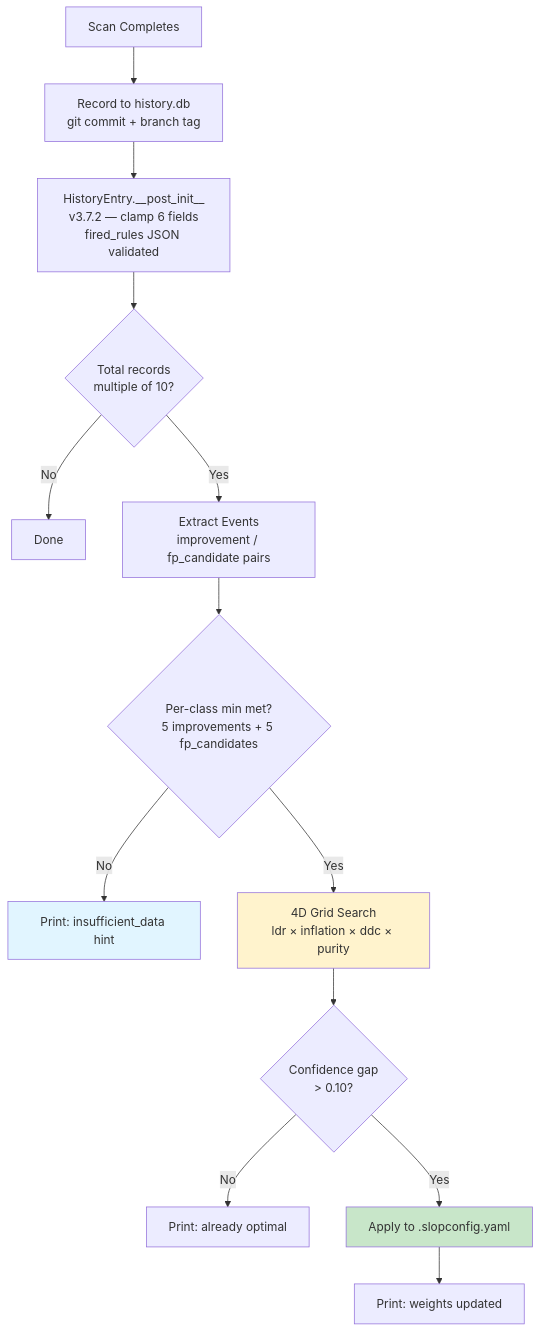
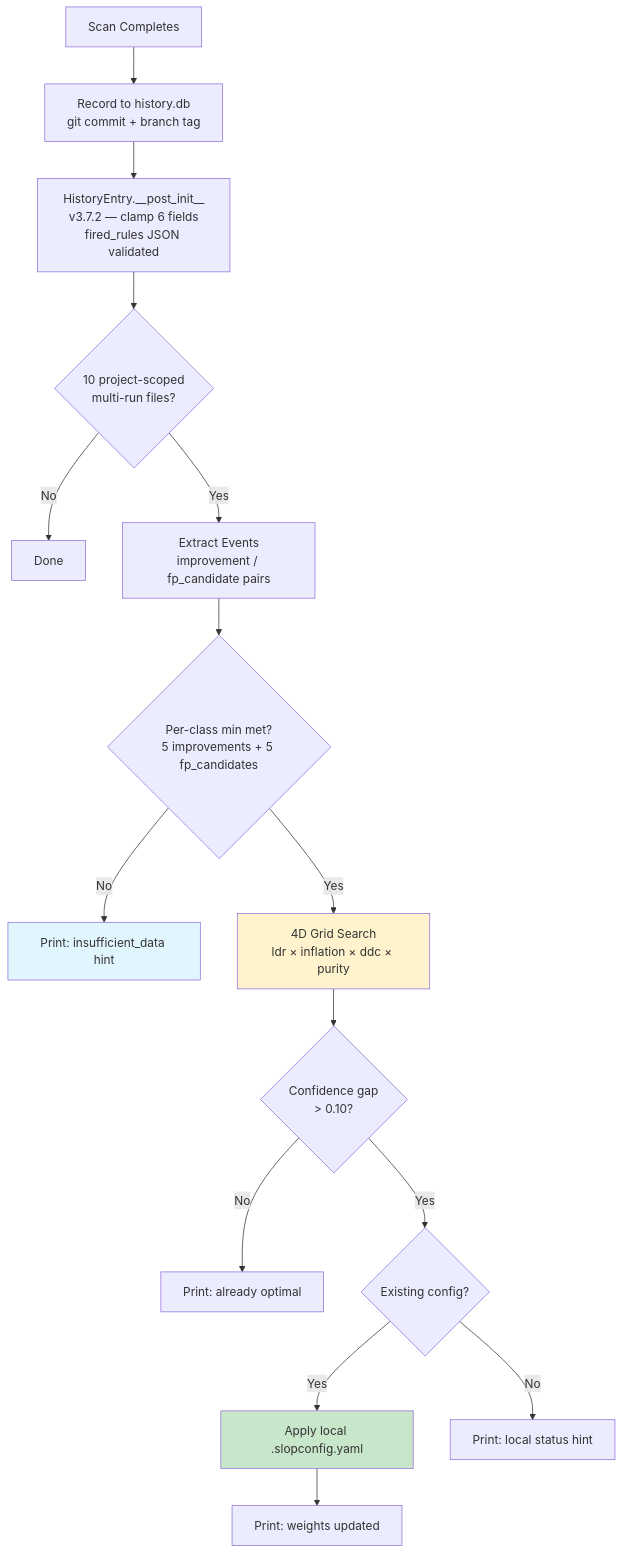
One commit to flamehaven01/AI-SLOP-Detector changed the ninth of 14 diagrams in docs/HOW_IT_WORKS.md. Above: the diagram before and after it, drawn with Mermaid. The commit also changed other lines of this file and 59 other files, not shown here.

````diff
--- a/docs/HOW_IT_WORKS.md
+++ b/docs/HOW_IT_WORKS.md
@@ -405,19 +406,21 @@
 ```mermaid
 flowchart TD
     A[Scan Completes] --> B[Record to history.db<br/>git commit + branch tag]
     B --> GUARD[HistoryEntry.__post_init__<br/>v3.7.2 — clamp 6 fields<br/>fired_rules JSON validated]
-    GUARD --> C{Total records<br/>multiple of 10?}
+    GUARD --> C{10 project-scoped<br/>multi-run files?}
     C -->|No| END[Done]
     C -->|Yes| D[Extract Events<br/>improvement / fp_candidate pairs]
     D --> E{Per-class min met?<br/>5 improvements + 5 fp_candidates}
     E -->|No| F[Print: insufficient_data hint]
     E -->|Yes| G[4D Grid Search<br/>ldr × inflation × ddc × purity]
     G --> H{Confidence gap<br/>> 0.10?}
     H -->|No| I[Print: already optimal]
-    H -->|Yes| J[Apply to .slopconfig.yaml]
-    J --> K[Print: weights updated]
+    H -->|Yes| J{Existing config?}
+    J -->|Yes| K[Apply local .slopconfig.yaml]
+    J -->|No| L[Print: local status hint]
+    K --> M[Print: weights updated]
 
-    style J fill:#c8e6c9
+    style K fill:#c8e6c9
     style G fill:#fff3cd
     style F fill:#e1f5ff
 ```
````
